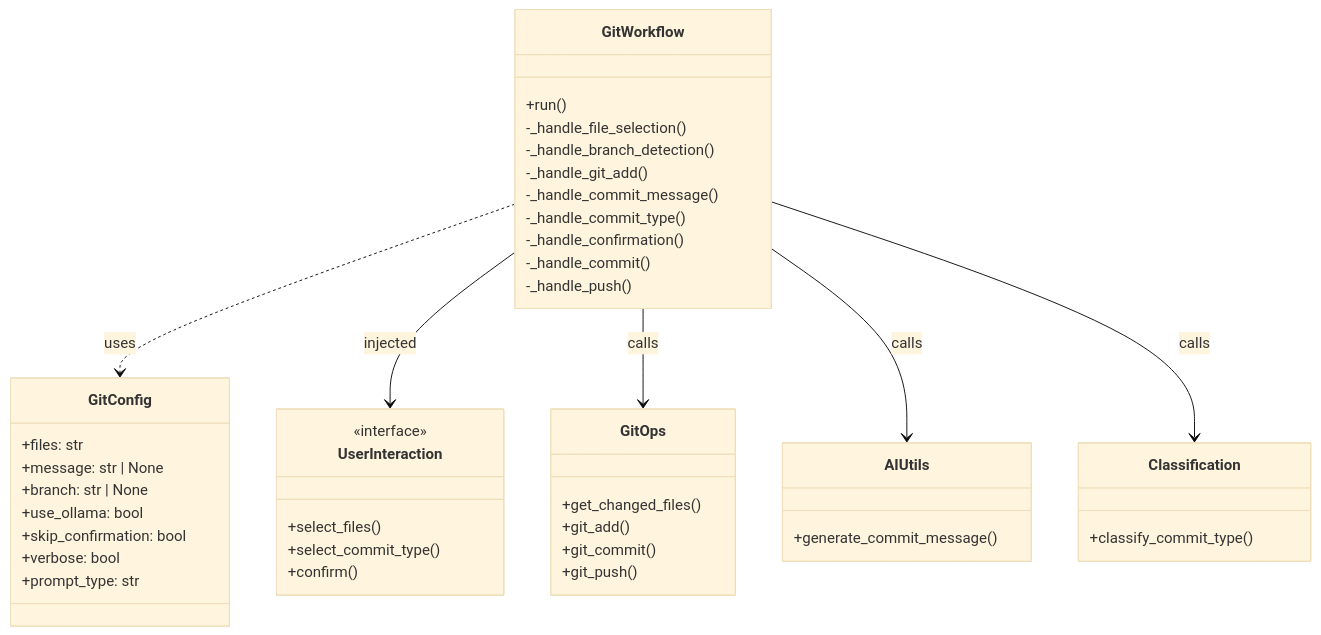
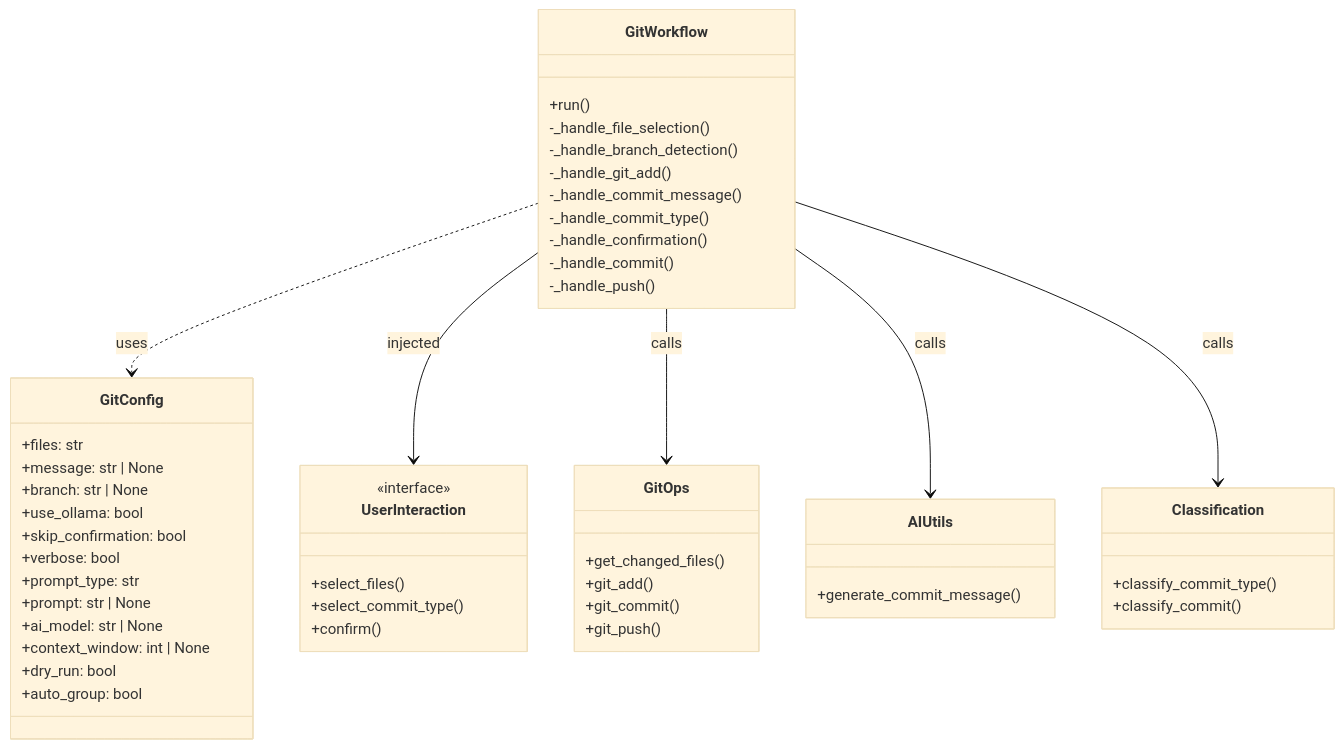
The third of 8 diagrams in project-overview.md (beecave-homelab/git-acp), drawn with Mermaid (base theme) before and after one commit. The commit also changed other lines of this file, not shown here.

First line of the commit message:
docs 📝: Update project overview with weighted commit classification

````diff
--- a/project-overview.md
+++ b/project-overview.md
@@ -252,58 +255,64 @@
 ```mermaid
 classDiagram
     direction TB
     %% Styling
     classDef core fill:#e1f5fe,stroke:#01579b,stroke-width:2px;
     classDef inject fill:#f3e5f5,stroke:#4a148c,stroke-width:2px;
     classDef part fill:#fff3e0,stroke:#e65100,stroke-width:2px;
 
     class GitWorkflow:::core {
         +run()
         -_handle_file_selection()
         -_handle_branch_detection()
         -_handle_git_add()
         -_handle_commit_message()
         -_handle_commit_type()
         -_handle_confirmation()
         -_handle_commit()
         -_handle_push()
     }
 
     class GitConfig:::inject {
         +files: str
         +message: str | None
         +branch: str | None
         +use_ollama: bool
         +skip_confirmation: bool
         +verbose: bool
         +prompt_type: str
+        +prompt: str | None
+        +ai_model: str | None
+        +context_window: int | None
+        +dry_run: bool
+        +auto_group: bool
     }
 
     class UserInteraction:::inject {
         <<interface>>
         +select_files()
         +select_commit_type()
         +confirm()
     }
 
     class GitOps:::part {
         +get_changed_files()
         +git_add()
         +git_commit()
         +git_push()
     }
 
     class AIUtils:::part {
         +generate_commit_message()
     }
 
     class Classification:::part {
         +classify_commit_type()
+        +classify_commit()
     }
 
     GitWorkflow ..> GitConfig : uses
     GitWorkflow --> UserInteraction : injected
     GitWorkflow --> GitOps : calls
     GitWorkflow --> AIUtils : calls
     GitWorkflow --> Classification : calls
 ```
````
